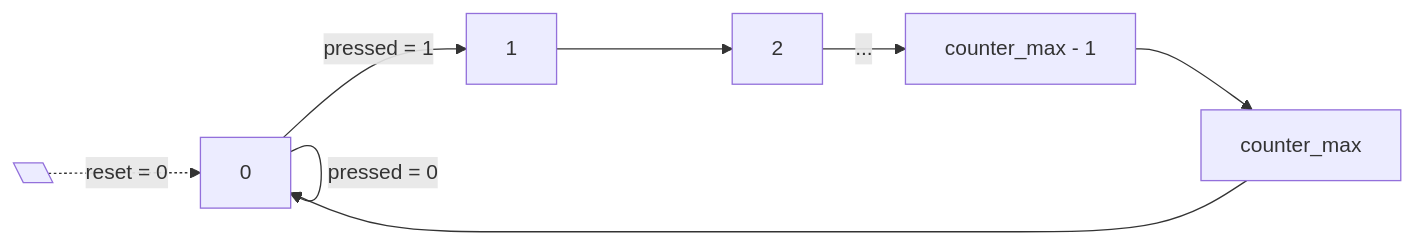
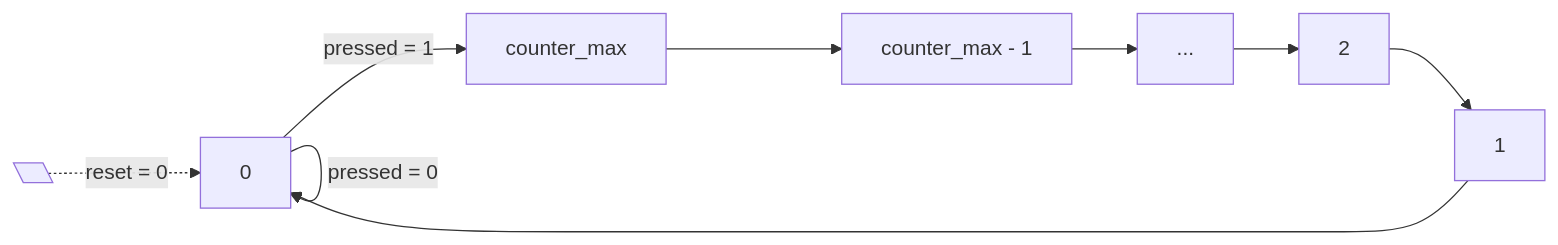
The second of 2 diagrams in vhdl/keypad/README.md (NikLeberg/neorv32_soc), drawn with Mermaid before and after one commit.

Commit message:
keypad: fix documented direction of counter

````diff
--- a/vhdl/keypad/README.md
+++ b/vhdl/keypad/README.md
@@ -27,6 +27,6 @@
 ```mermaid
 flowchart LR;
     r[\" "\] -.->|reset = 0| 0;
-    0 -->|pressed = 1| 1 --> 2 -->|...| c[counter_max - 1] --> counter_max --> 0
-    -->|pressed = 0| 0
+    0 -->|pressed = 1| counter_max --> c[counter_max - 1] --> d[...] --> 2 --> 1 --> 0;
+    0 -->|pressed = 0| 0
 ```
````
